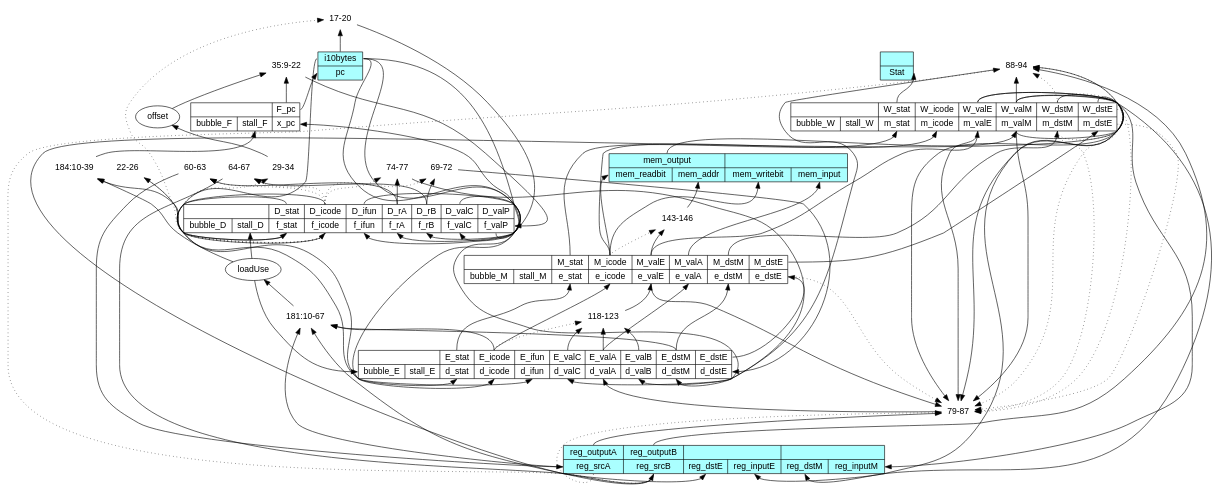
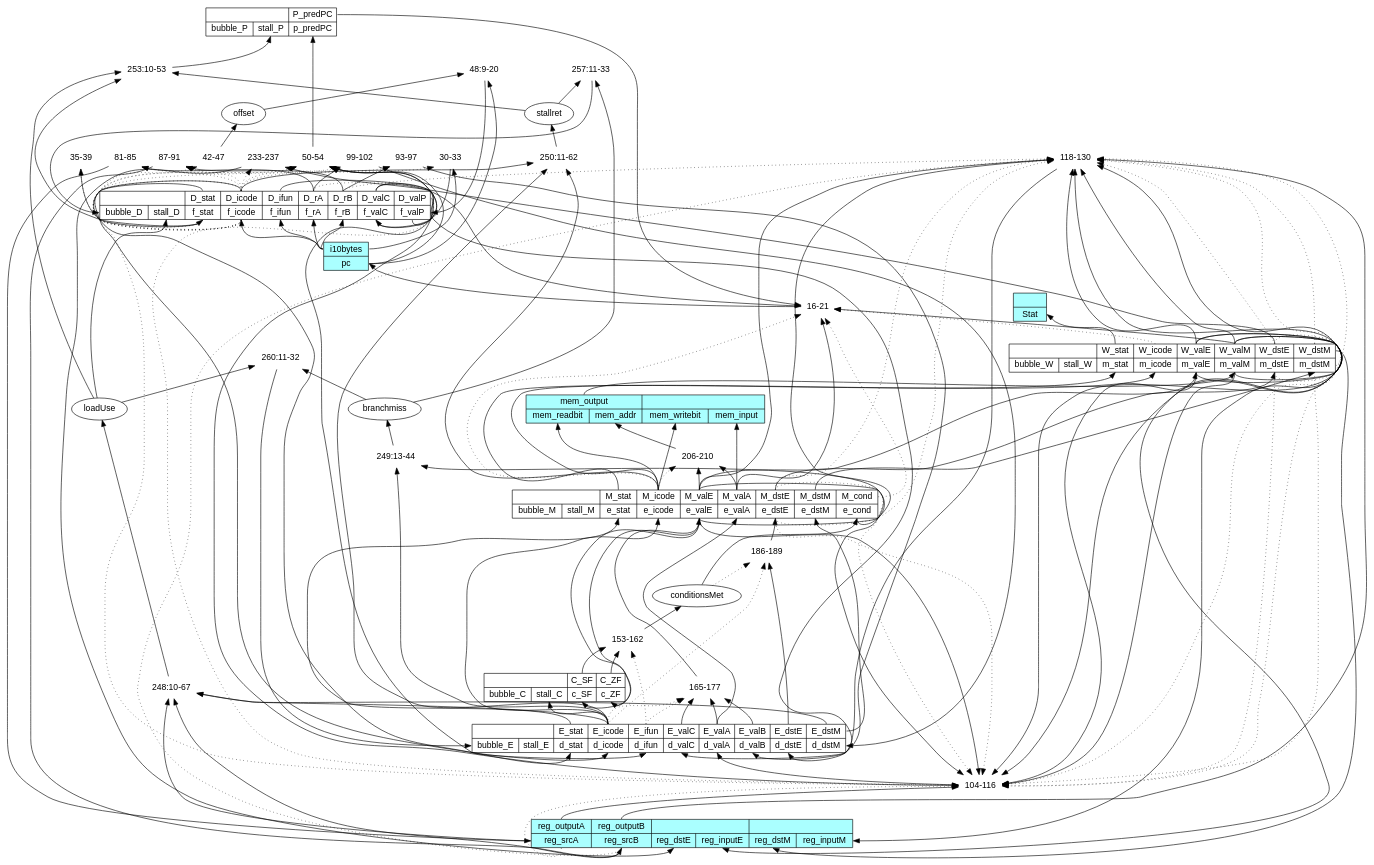
Before and after one commit to Murleon/CompArch: the diagram in ComputerArchitecture/lab06/hcl2d/pipehw2_hcl.dot, drawn with Graphviz. The commit also changed 6 other files, not shown here.

```diff
--- a/ComputerArchitecture/lab06/hcl2d/pipehw2_hcl.dot
+++ b/ComputerArchitecture/lab06/hcl2d/pipehw2_hcl.dot
@@ -1,122 +1,186 @@
 digraph pipehw2 { // auto-generated HCL2 visualization via graphviz
     node [ fontname="sans-serif" ];
     rankdir=BT;
     ///////////////////////// builtin components ////////////////////////
 
     _regfile [shape="record" label="{<reg_outputA>reg_outputA|<reg_srcA>reg_srcA}|{<reg_outputB>reg_outputB|<reg_srcB>reg_srcB}|{|{<reg_dstE>reg_dstE|<reg_inputE>reg_inputE}}|{|{<reg_dstM>reg_dstM|<reg_inputM>reg_inputM}}" style="filled" fillcolor="#aaffff"];
     _datamem [shape="record" label="{<mem_output>mem_output|{<mem_readbit>mem_readbit|<mem_addr>mem_addr}}|{|{<mem_writebit>mem_writebit|<mem_input>mem_input}}" style="filled" fillcolor="#aaffff"];
     _instmem [shape="record" label="{<i10bytes>i10bytes|<pc>pc}" style="filled" fillcolor="#aaffff"];
     _status [shape="record" label="{|<Stat>Stat}" style="filled" fillcolor="#aaffff"];
 
     //////////////////////////// user code //////////////////////////////
 
-_reg_F [shape="record" label="{|{<bubble_F>bubble_F|<stall_F>stall_F}}|{<F_pc>F_pc|<x_pc>x_pc}"];
-    _reg_F:F_pc -> _instmem:pc;
+_reg_P [shape="record" label="{|{<bubble_P>bubble_P|<stall_P>stall_P}}|{<P_predPC>P_predPC|<p_predPC>p_predPC}"];
+_reg_C [shape="record" label="{|{<bubble_C>bubble_C|<stall_C>stall_C}}|{<C_SF>C_SF|<c_SF>c_SF}|{<C_ZF>C_ZF|<c_ZF>c_ZF}"];
+    _op_pc [shape="none" label="16-21"];
+    _op_pc -> _instmem:pc;
+    _reg_M:M_valA -> _op_pc;
+    _reg_D:D_valC -> _op_pc;
+    _reg_W:W_valM -> _op_pc;
+    _reg_P:P_predPC -> _op_pc;
+    _reg_M:M_icode -> _op_pc [style=dotted];
+    _reg_M:M_cond -> _op_pc [style=dotted];
+    _reg_W:W_icode -> _op_pc [style=dotted];
     _instmem:i10bytes -> _reg_D:f_icode;
     _instmem:i10bytes -> _reg_D:f_ifun;
     _instmem:i10bytes -> _reg_D:f_rA;
     _instmem:i10bytes -> _reg_D:f_rB;
-    _op_f_valC [shape="none" label="17-20"];
+    _op_f_valC [shape="none" label="30-33"];
     _op_f_valC -> _reg_D:f_valC;
     _instmem:i10bytes -> _op_f_valC;
     _reg_D:f_icode -> _op_f_valC [style=dotted];
-    _op_f_stat [shape="none" label="22-26"];
+    _op_f_stat [shape="none" label="35-39"];
     _op_f_stat -> _reg_D:f_stat;
     _reg_D:f_icode -> _op_f_stat [style=dotted];
-    _op_offset [shape="none" label="29-34"];
+    _op_offset [shape="none" label="42-47"];
     _op_offset -> offset;
     _reg_D:f_icode -> _op_offset [style=dotted];
-    _op_f_valP [shape="none" label="35:9-22"];
+    _op_f_valP [shape="none" label="48:9-20"];
     _op_f_valP -> _reg_D:f_valP;
-    _reg_F:F_pc -> _op_f_valP;
+    _instmem:pc -> _op_f_valP;
     offset -> _op_f_valP;
-    _reg_D:f_valP -> _reg_F:x_pc;
+    _op_p_predPC [shape="none" label="50-54"];
+    _op_p_predPC -> _reg_P:p_predPC;
+    _instmem:pc -> _op_p_predPC;
+    _reg_D:f_valC -> _op_p_predPC;
+    _reg_D:f_valP -> _op_p_predPC;
+    _reg_D:f_stat -> _op_p_predPC [style=dotted];
+    _reg_D:f_icode -> _op_p_predPC [style=dotted];
 _reg_D [shape="record" label="{|{<bubble_D>bubble_D|<stall_D>stall_D}}|{<D_stat>D_stat|<f_stat>f_stat}|{<D_icode>D_icode|<f_icode>f_icode}|{<D_ifun>D_ifun|<f_ifun>f_ifun}|{<D_rA>D_rA|<f_rA>f_rA}|{<D_rB>D_rB|<f_rB>f_rB}|{<D_valC>D_valC|<f_valC>f_valC}|{<D_valP>D_valP|<f_valP>f_valP}"];
-    _op_reg_srcA [shape="none" label="60-63"];
+    _op_reg_srcA [shape="none" label="81-85"];
     _op_reg_srcA -> _regfile:reg_srcA;
     _reg_D:D_rA -> _op_reg_srcA;
     _reg_D:D_icode -> _op_reg_srcA [style=dotted];
-    _op_reg_srcB [shape="none" label="64-67"];
+    _op_reg_srcB [shape="none" label="87-91"];
     _op_reg_srcB -> _regfile:reg_srcB;
     _reg_D:D_rB -> _op_reg_srcB;
     _reg_D:D_icode -> _op_reg_srcB [style=dotted];
-    _op_d_dstE [shape="none" label="69-72"];
+    _op_d_dstE [shape="none" label="93-97"];
     _op_d_dstE -> _reg_E:d_dstE;
     _reg_D:D_rB -> _op_d_dstE;
     _reg_D:D_icode -> _op_d_dstE [style=dotted];
-    _op_d_dstM [shape="none" label="74-77"];
+    _op_d_dstM [shape="none" label="99-102"];
     _op_d_dstM -> _reg_E:d_dstM;
     _reg_D:D_rA -> _op_d_dstM;
     _reg_D:D_icode -> _op_d_dstM [style=dotted];
-    _op_d_valA [shape="none" label="79-87"];
+    _op_d_valA [shape="none" label="104-116"];
     _op_d_valA -> _reg_E:d_valA;
+    _reg_D:D_valP -> _op_d_valA;
     _reg_M:e_valE -> _op_d_valA;
     _reg_W:m_valE -> _op_d_valA;
     _reg_W:m_valM -> _op_d_valA;
     _reg_W:W_valE -> _op_d_valA;
     _reg_W:W_valM -> _op_d_valA;
+    _reg_M:M_valE -> _op_d_valA;
     _regfile:reg_outputA -> _op_d_valA;
+    _reg_D:D_icode -> _op_d_valA [style=dotted];
     _regfile:reg_srcA -> _op_d_valA [style=dotted];
     _reg_M:e_dstE -> _op_d_valA [style=dotted];
     _reg_W:m_dstE -> _op_d_valA [style=dotted];
     _reg_W:m_dstM -> _op_d_valA [style=dotted];
     _reg_W:W_dstE -> _op_d_valA [style=dotted];
     _reg_W:W_dstM -> _op_d_valA [style=dotted];
-    _op_d_valB [shape="none" label="88-94"];
+    _reg_D:D_rA -> _op_d_valA [style=dotted];
+    _reg_M:M_dstE -> _op_d_valA [style=dotted];
+    _op_d_valB [shape="none" label="118-130"];
     _op_d_valB -> _reg_E:d_valB;
+    _reg_M:e_valE -> _op_d_valB;
+    _reg_W:m_valE -> _op_d_valB;
+    _reg_W:W_valE -> _op_d_valB;
     _reg_W:m_valM -> _op_d_valB;
     _reg_W:W_valM -> _op_d_valB;
+    _reg_M:M_valE -> _op_d_valB;
     _regfile:reg_outputB -> _op_d_valB;
     _regfile:reg_srcB -> _op_d_valB [style=dotted];
+    _reg_M:e_dstE -> _op_d_valB [style=dotted];
+    _reg_W:m_dstE -> _op_d_valB [style=dotted];
+    _reg_W:W_dstE -> _op_d_valB [style=dotted];
     _reg_W:m_dstM -> _op_d_valB [style=dotted];
     _reg_W:W_dstM -> _op_d_valB [style=dotted];
+    _reg_D:D_rB -> _op_d_valB [style=dotted];
+    _reg_M:M_dstE -> _op_d_valB [style=dotted];
     _reg_D:D_stat -> _reg_E:d_stat;
     _reg_D:D_icode -> _reg_E:d_icode;
     _reg_D:D_ifun -> _reg_E:d_ifun;
     _reg_D:D_valC -> _reg_E:d_valC;
-_reg_E [shape="record" label="{|{<bubble_E>bubble_E|<stall_E>stall_E}}|{<E_stat>E_stat|<d_stat>d_stat}|{<E_icode>E_icode|<d_icode>d_icode}|{<E_ifun>E_ifun|<d_ifun>d_ifun}|{<E_valC>E_valC|<d_valC>d_valC}|{<E_valA>E_valA|<d_valA>d_valA}|{<E_valB>E_valB|<d_valB>d_valB}|{<E_dstM>E_dstM|<d_dstM>d_dstM}|{<E_dstE>E_dstE|<d_dstE>d_dstE}"];
-    _op_e_valE [shape="none" label="118-123"];
+_reg_E [shape="record" label="{|{<bubble_E>bubble_E|<stall_E>stall_E}}|{<E_stat>E_stat|<d_stat>d_stat}|{<E_icode>E_icode|<d_icode>d_icode}|{<E_ifun>E_ifun|<d_ifun>d_ifun}|{<E_valC>E_valC|<d_valC>d_valC}|{<E_valA>E_valA|<d_valA>d_valA}|{<E_valB>E_valB|<d_valB>d_valB}|{<E_dstE>E_dstE|<d_dstE>d_dstE}|{<E_dstM>E_dstM|<d_dstM>d_dstM}"];
+    _op_conditionsMet [shape="none" label="153-162"];
+    _op_conditionsMet -> conditionsMet;
+    _reg_C:C_SF -> _op_conditionsMet;
+    _reg_C:C_ZF -> _op_conditionsMet;
+    _reg_E:E_ifun -> _op_conditionsMet [style=dotted];
+    _op_e_valE [shape="none" label="165-177"];
     _op_e_valE -> _reg_M:e_valE;
+    _reg_E:E_valA -> _op_e_valE;
+    _reg_E:E_valB -> _op_e_valE;
     _reg_E:E_valC -> _op_e_valE;
-    _reg_E:E_valB -> _op_e_valE;
-    _reg_E:E_valA -> _op_e_valE;
     _reg_E:E_icode -> _op_e_valE [style=dotted];
+    _reg_E:E_ifun -> _op_e_valE [style=dotted];
+    _reg_M:e_valE -> _reg_C:c_ZF;
+    _reg_M:e_valE -> _reg_C:c_SF;
+    _reg_E:E_icode -> _reg_C:stall_C;
+    conditionsMet -> _reg_M:e_cond;
     _reg_E:E_stat -> _reg_M:e_stat;
-    _reg_E:E_dstE -> _reg_M:e_dstE;
+    _op_e_dstE [shape="none" label="186-189"];
+    _op_e_dstE -> _reg_M:e_dstE;
+    _reg_E:E_dstE -> _op_e_dstE;
+    _reg_E:E_icode -> _op_e_dstE [style=dotted];
+    conditionsMet -> _op_e_dstE [style=dotted];
     _reg_E:E_dstM -> _reg_M:e_dstM;
     _reg_E:E_icode -> _reg_M:e_icode;
     _reg_E:E_valA -> _reg_M:e_valA;
-_reg_M [shape="record" label="{|{<bubble_M>bubble_M|<stall_M>stall_M}}|{<M_stat>M_stat|<e_stat>e_stat}|{<M_icode>M_icode|<e_icode>e_icode}|{<M_valE>M_valE|<e_valE>e_valE}|{<M_valA>M_valA|<e_valA>e_valA}|{<M_dstM>M_dstM|<e_dstM>e_dstM}|{<M_dstE>M_dstE|<e_dstE>e_dstE}"];
-    _op_mem_addr [shape="none" label="143-146"];
+_reg_M [shape="record" label="{|{<bubble_M>bubble_M|<stall_M>stall_M}}|{<M_stat>M_stat|<e_stat>e_stat}|{<M_icode>M_icode|<e_icode>e_icode}|{<M_valE>M_valE|<e_valE>e_valE}|{<M_valA>M_valA|<e_valA>e_valA}|{<M_dstE>M_dstE|<e_dstE>e_dstE}|{<M_dstM>M_dstM|<e_dstM>e_dstM}|{<M_cond>M_cond|<e_cond>e_cond}"];
+    _op_mem_addr [shape="none" label="206-210"];
     _op_mem_addr -> _datamem:mem_addr;
     _reg_M:M_valE -> _op_mem_addr;
+    _reg_M:M_valA -> _op_mem_addr;
     _reg_M:M_icode -> _op_mem_addr [style=dotted];
     _reg_M:M_icode -> _datamem:mem_readbit;
     _reg_M:M_icode -> _datamem:mem_writebit;
     _reg_M:M_valA -> _datamem:mem_input;
     _reg_M:M_stat -> _reg_W:m_stat;
     _datamem:mem_output -> _reg_W:m_valM;
     _reg_M:M_dstE -> _reg_W:m_dstE;
     _reg_M:M_dstM -> _reg_W:m_dstM;
     _reg_M:M_icode -> _reg_W:m_icode;
     _reg_M:M_valE -> _reg_W:m_valE;
-_reg_W [shape="record" label="{|{<bubble_W>bubble_W|<stall_W>stall_W}}|{<W_stat>W_stat|<m_stat>m_stat}|{<W_icode>W_icode|<m_icode>m_icode}|{<W_valE>W_valE|<m_valE>m_valE}|{<W_valM>W_valM|<m_valM>m_valM}|{<W_dstM>W_dstM|<m_dstM>m_dstM}|{<W_dstE>W_dstE|<m_dstE>m_dstE}"];
+_reg_W [shape="record" label="{|{<bubble_W>bubble_W|<stall_W>stall_W}}|{<W_stat>W_stat|<m_stat>m_stat}|{<W_icode>W_icode|<m_icode>m_icode}|{<W_valE>W_valE|<m_valE>m_valE}|{<W_valM>W_valM|<m_valM>m_valM}|{<W_dstE>W_dstE|<m_dstE>m_dstE}|{<W_dstM>W_dstM|<m_dstM>m_dstM}"];
+    _reg_W:W_valE -> _regfile:reg_inputE;
+    _op_reg_dstE [shape="none" label="233-237"];
+    _op_reg_dstE -> _regfile:reg_dstE;
+    _reg_W:W_dstE -> _op_reg_dstE;
+    _reg_D:D_icode -> _op_reg_dstE [style=dotted];
     _reg_W:W_valM -> _regfile:reg_inputM;
     _reg_W:W_dstM -> _regfile:reg_dstM;
-    _reg_W:W_valE -> _regfile:reg_inputE;
-    _reg_W:W_dstE -> _regfile:reg_dstE;
     _reg_W:W_stat -> _status:Stat;
-    _op_loadUse [shape="none" label="181:10-67"];
+    _op_loadUse [shape="none" label="248:10-67"];
     _op_loadUse -> loadUse;
     _reg_E:E_icode -> _op_loadUse;
     _reg_E:E_dstM -> _op_loadUse;
     _regfile:reg_srcA -> _op_loadUse;
     _regfile:reg_srcB -> _op_loadUse;
-    _op_stall_F [shape="none" label="184:10-39"];
-    _op_stall_F -> _reg_F:stall_F;
-    loadUse -> _op_stall_F;
-    _reg_D:f_stat -> _op_stall_F;
+    _op_branchmiss [shape="none" label="249:13-44"];
+    _op_branchmiss -> branchmiss;
+    _reg_E:E_icode -> _op_branchmiss;
+    _reg_M:e_cond -> _op_branchmiss;
+    _op_stallret [shape="none" label="250:11-62"];
+    _op_stallret -> stallret;
+    _reg_M:M_icode -> _op_stallret;
+    _reg_D:D_icode -> _op_stallret;
+    _reg_E:E_icode -> _op_stallret;
+    _op_stall_P [shape="none" label="253:10-53"];
+    _op_stall_P -> _reg_P:stall_P;
+    loadUse -> _op_stall_P;
+    _reg_D:f_stat -> _op_stall_P;
+    stallret -> _op_stall_P;
     loadUse -> _reg_D:stall_D;
-    loadUse -> _reg_E:bubble_E;
+    _op_bubble_D [shape="none" label="257:11-33"];
+    _op_bubble_D -> _reg_D:bubble_D;
+    branchmiss -> _op_bubble_D;
+    stallret -> _op_bubble_D;
+    _op_bubble_E [shape="none" label="260:11-32"];
+    _op_bubble_E -> _reg_E:bubble_E;
+    loadUse -> _op_bubble_E;
+    branchmiss -> _op_bubble_E;
 
 }
```
